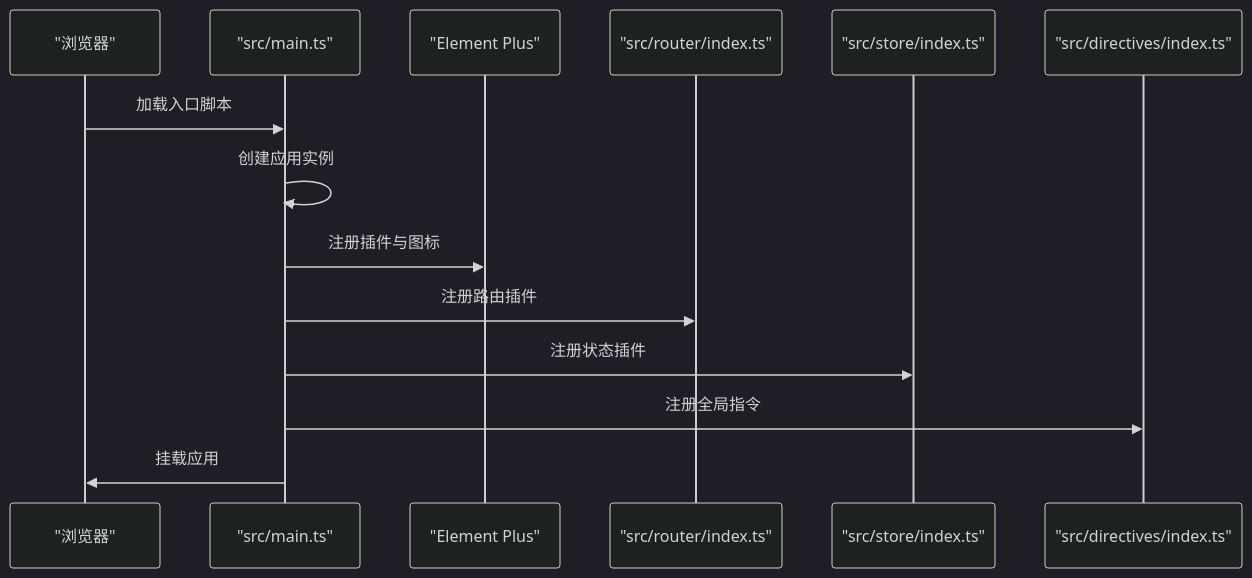
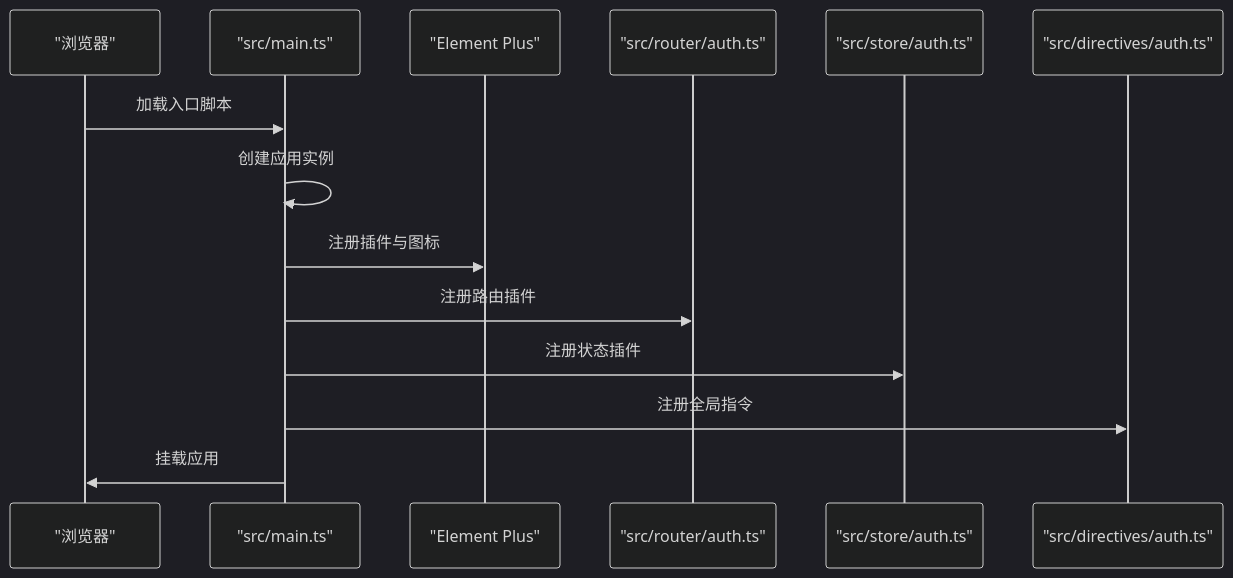
Before and after one commit to qiseyun/vue-ts-admin: the third of 7 diagrams in .qoder/repowiki/zh/content/架构设计/整体架构.md, drawn with Mermaid (dark theme). The commit also changed other lines of this file and 42 other files, not shown here.

````diff
--- a/.qoder/repowiki/zh/content/架构设计/整体架构.md
+++ b/.qoder/repowiki/zh/content/架构设计/整体架构.md
@@ -172,16 +172,16 @@
 ```mermaid
 sequenceDiagram
 participant Browser as "浏览器"
 participant Main as "src/main.ts"
 participant EP as "Element Plus"
-participant Router as "src/router/index.ts"
-participant Pinia as "src/store/index.ts"
-participant Directives as "src/directives/index.ts"
+participant Router as "src/router/auth.ts"
+participant Pinia as "src/store/auth.ts"
+participant Directives as "src/directives/auth.ts"
 Browser->>Main : 加载入口脚本
 Main->>Main : 创建应用实例
 Main->>EP : 注册插件与图标
 Main->>Router : 注册路由插件
 Main->>Pinia : 注册状态插件
 Main->>Directives : 注册全局指令
 Main->>Browser : 挂载应用
 ```
````
